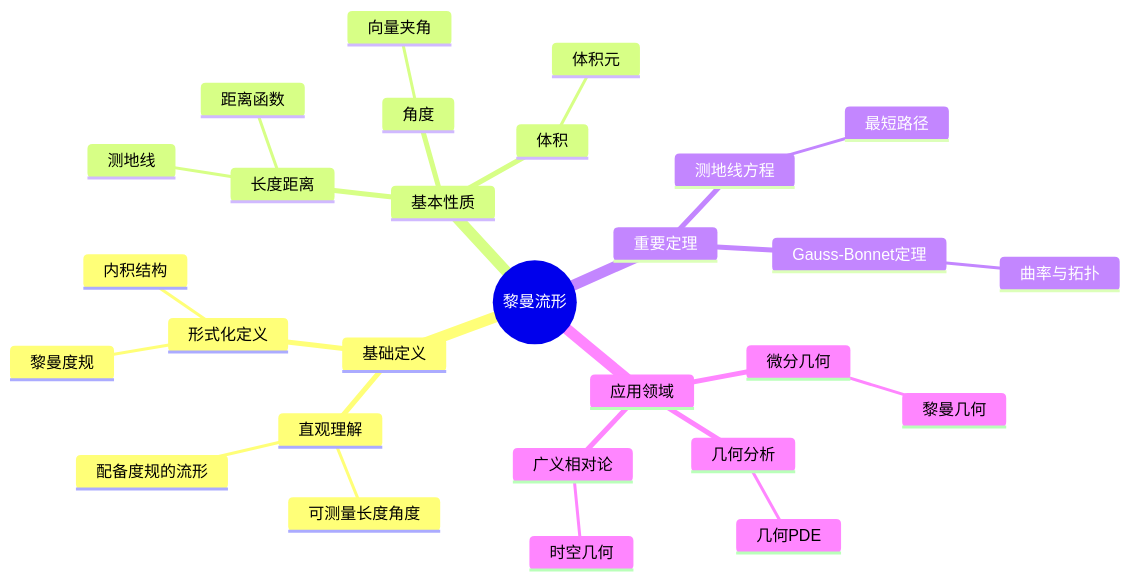
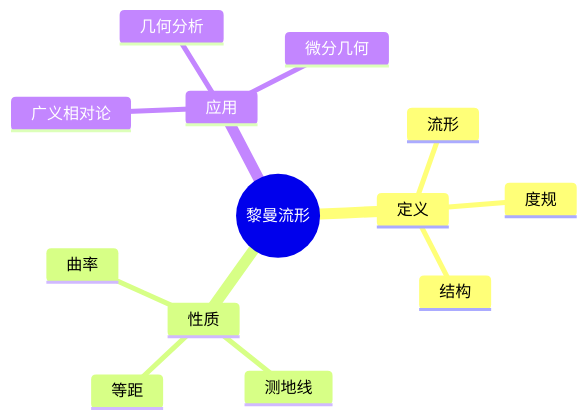
Before and after one commit to AdaMartin18010/FormalMath: the first of 11 diagrams in concept/核心概念/19-黎曼流形.md, drawn with Mermaid. The commit also changed other lines of this file and 4793 other files, not shown here.

````diff
--- a/concept/核心概念/19-黎曼流形.md
+++ b/concept/核心概念/19-黎曼流形.md
@@ -482,31 +1125,16 @@
 ```mermaid
 mindmap
   root((黎曼流形))
-    基础定义
-      直观理解
-        配备度规的流形
-        可测量长度角度
-      形式化定义
-        黎曼度规
-        内积结构
-    基本性质
-      长度距离
-        测地线
-        距离函数
-      角度
-        向量夹角
-      体积
-        体积元
-    重要定理
-      测地线方程
-        最短路径
-      Gauss-Bonnet定理
-        曲率与拓扑
-    应用领域
+    定义
+      流形
+      度规
+      结构
+    性质
+      曲率
+      测地线
+      等距
+    应用
+      广义相对论
+      几何分析
       微分几何
-        黎曼几何
-      广义相对论
-        时空几何
-      几何分析
-        几何PDE
 ```
````
